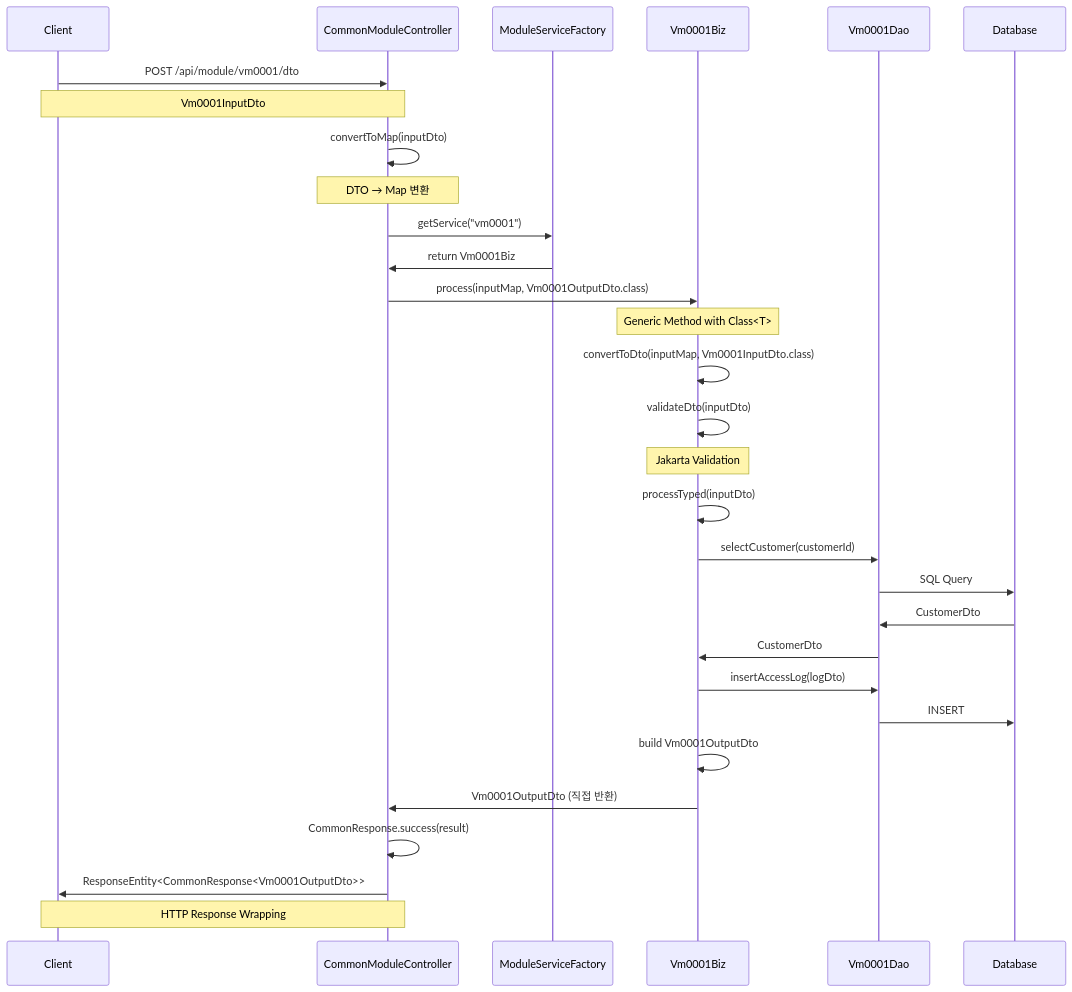
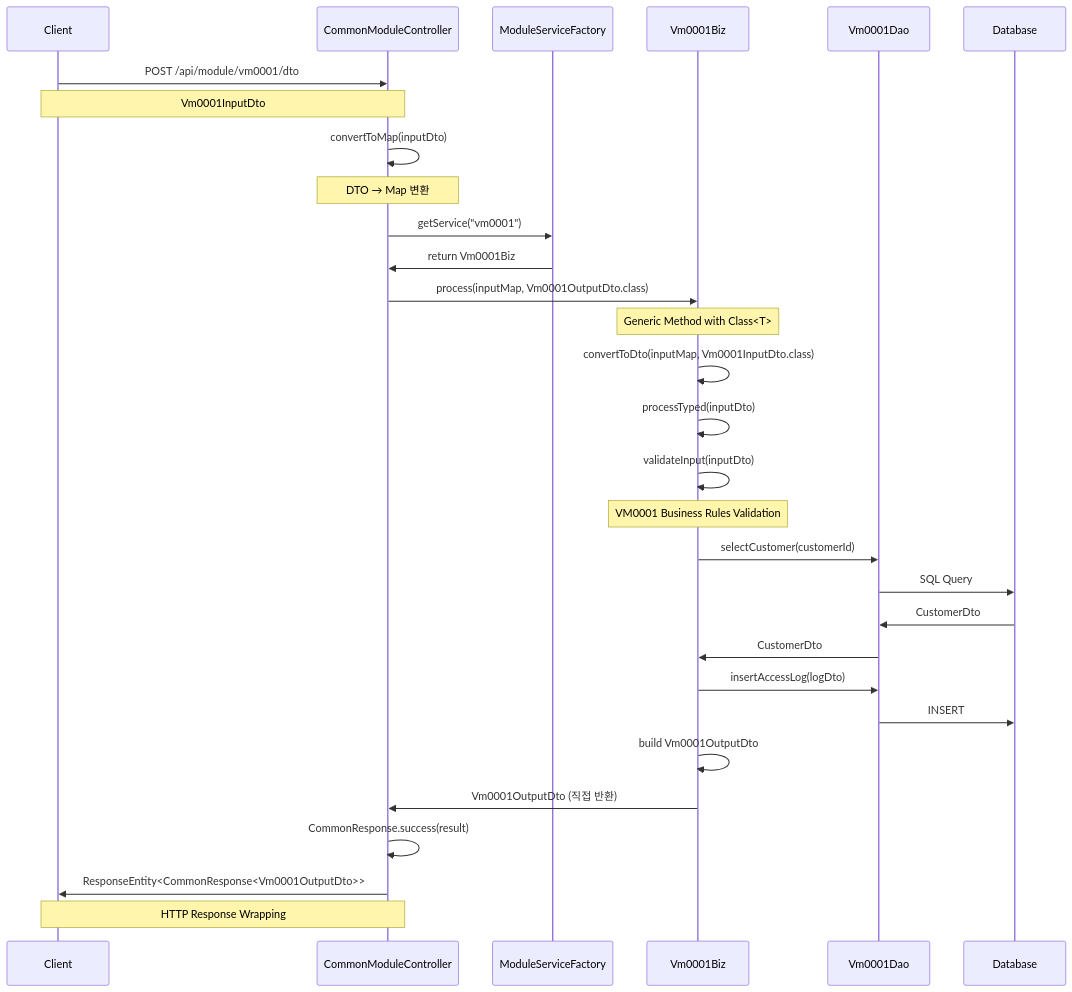
The second of 3 diagrams in README.md (kubelin/wm-common), drawn with Mermaid before and after one commit. The commit also changed other lines of this file, not shown here.

First line of the commit message:
docs: Update documentation to reflect validation architecture changes

````diff
--- a/README.md
+++ b/README.md
@@ -170,41 +171,41 @@
 ```mermaid
 sequenceDiagram
     participant Client
     participant Controller as CommonModuleController
     participant Factory as ModuleServiceFactory
     participant Service as Vm0001Biz
     participant DAO as Vm0001Dao
     participant DB as Database
     
     Client->>Controller: POST /api/module/vm0001/dto
     Note over Client,Controller: Vm0001InputDto
     
     Controller->>Controller: convertToMap(inputDto)
     Note over Controller: DTO → Map 변환
     
     Controller->>Factory: getService("vm0001")
     Factory->>Controller: return Vm0001Biz
     
     Controller->>Service: process(inputMap, Vm0001OutputDto.class)
     Note over Service: Generic Method with Class<T>
     
     Service->>Service: convertToDto(inputMap, Vm0001InputDto.class)
-    Service->>Service: validateDto(inputDto)
-    Note over Service: Jakarta Validation
+    Service->>Service: processTyped(inputDto)
     
-    Service->>Service: processTyped(inputDto)
+    Service->>Service: validateInput(inputDto)
+    Note over Service: VM0001 Business Rules Validation
     Service->>DAO: selectCustomer(customerId)
     DAO->>DB: SQL Query
     DB->>DAO: CustomerDto
     DAO->>Service: CustomerDto
     
     Service->>DAO: insertAccessLog(logDto)
     DAO->>DB: INSERT
     
     Service->>Service: build Vm0001OutputDto
     Service->>Controller: Vm0001OutputDto (직접 반환)
     
     Controller->>Controller: CommonResponse.success(result)
     Controller->>Client: ResponseEntity<CommonResponse<Vm0001OutputDto>>
     Note over Controller,Client: HTTP Response Wrapping
 ```
````
